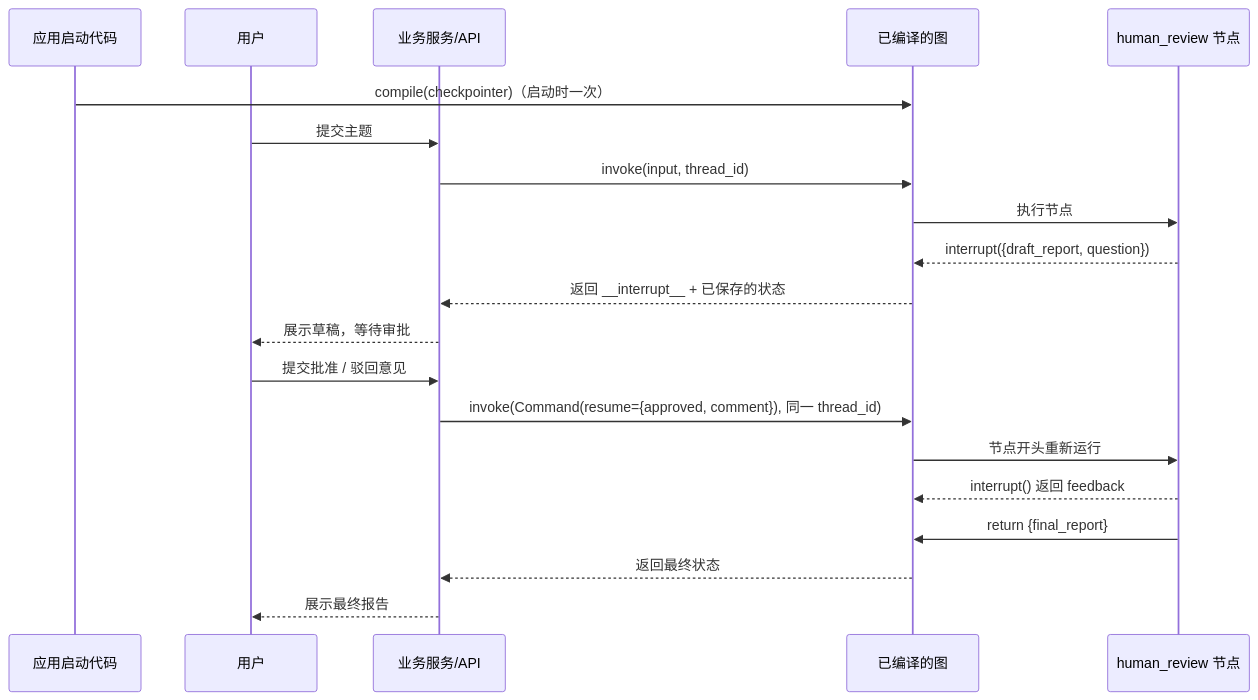
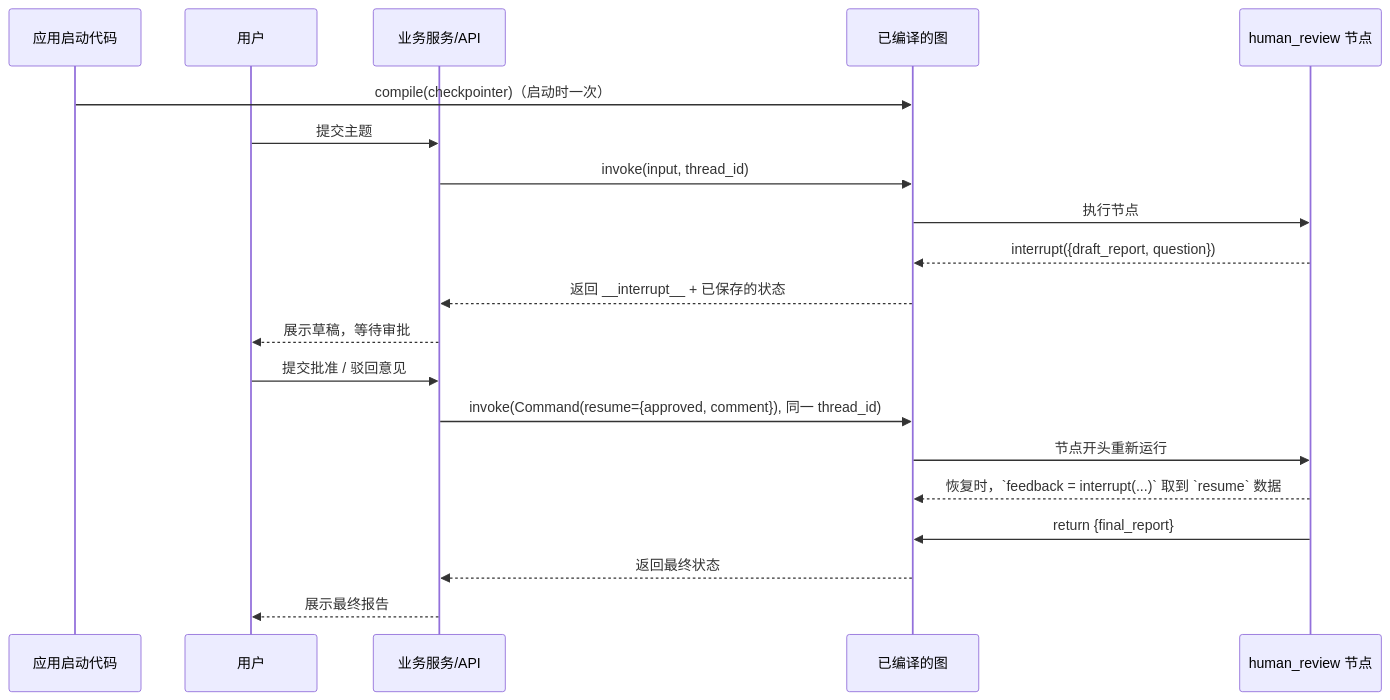
One commit to sealzrt/2026-08--agent changed the first of 2 diagrams in ai-agent学习/06.LangGraph入门/11.Human-in-the-loop.md. Above: the diagram before and after it, drawn with Mermaid. The commit also changed other lines of this file, not shown here.

````diff
--- a/ai-agent学习/06.LangGraph入门/11.Human-in-the-loop.md
+++ b/ai-agent学习/06.LangGraph入门/11.Human-in-the-loop.md
@@ -180,23 +175,23 @@
 ```mermaid
 sequenceDiagram
     participant Dev as 应用启动代码
     participant User as 用户
     participant App as 业务服务/API
     participant G as 已编译的图
     participant N as human_review 节点
 
     Dev->>G: compile(checkpointer)（启动时一次）
     User->>App: 提交主题
     App->>G: invoke(input, thread_id)
     G->>N: 执行节点
     N-->>G: interrupt({draft_report, question})
     G-->>App: 返回 __interrupt__ + 已保存的状态
     App-->>User: 展示草稿，等待审批
     User->>App: 提交批准 / 驳回意见
     App->>G: invoke(Command(resume={approved, comment}), 同一 thread_id)
     G->>N: 节点开头重新运行
-    N-->>G: interrupt() 返回 feedback
+    N-->>G: 恢复时，`feedback = interrupt(...)` 取到 `resume` 数据
     N->>G: return {final_report}
     G-->>App: 返回最终状态
     App-->>User: 展示最终报告
 ```
````
